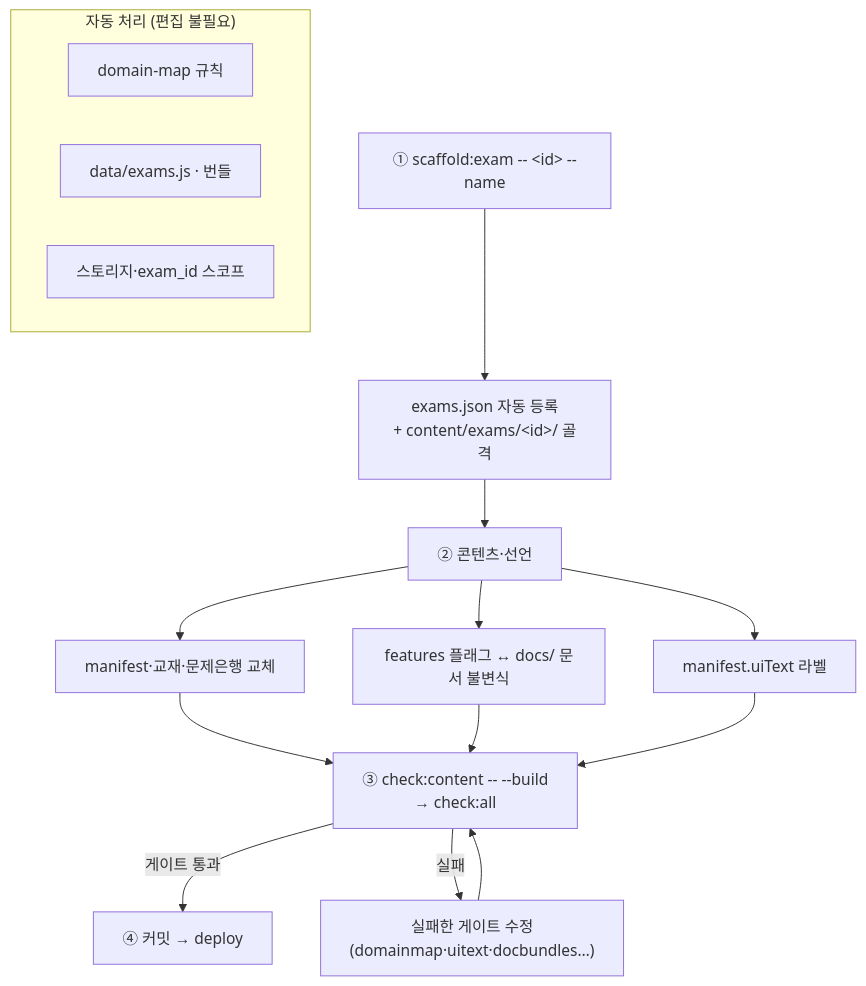
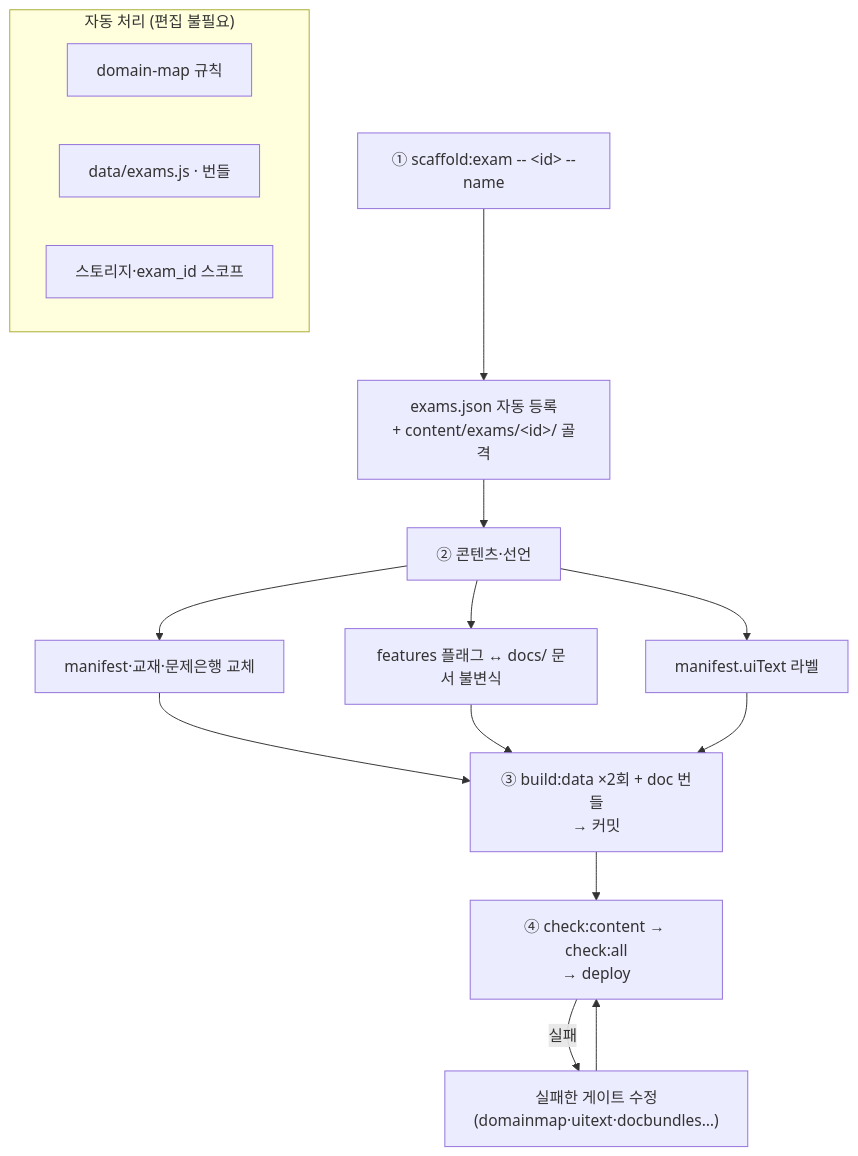
Before and after one commit to skygoldlee-cyber/passok: the diagram in docs/dev/runbooks/NEW_EXAM_RUNBOOK.md, drawn with Mermaid. The commit also changed other lines of this file and 27 other files, not shown here.

````diff
--- a/docs/dev/runbooks/NEW_EXAM_RUNBOOK.md
+++ b/docs/dev/runbooks/NEW_EXAM_RUNBOOK.md
@@ -13,17 +13,17 @@
 ```mermaid
 flowchart TD
     A["① scaffold:exam -- &lt;id&gt; --name"] --> A1["exams.json 자동 등록<br/>+ content/exams/&lt;id&gt;/ 골격"]
     A1 --> B["② 콘텐츠·선언"]
     B --> B1["manifest·교재·문제은행 교체"]
     B --> B2["features 플래그 ↔ docs/ 문서 불변식"]
     B --> B3["manifest.uiText 라벨"]
-    B1 & B2 & B3 --> C["③ check:content -- --build<br/>→ check:all"]
-    C -->|"게이트 통과"| D["④ 커밋 → deploy"]
-    C -->|"실패"| E["실패한 게이트 수정<br/>(domainmap·uitext·docbundles…)"]
-    E --> C
+    B1 & B2 & B3 --> C["③ build:data ×2회 + doc 번들<br/>→ 커밋"]
+    C --> D["④ check:content → check:all<br/>→ deploy"]
+    D -->|"실패"| E["실패한 게이트 수정<br/>(domainmap·uitext·docbundles…)"]
+    E --> D
     subgraph AUTO["자동 처리 (편집 불필요)"]
         F1["domain-map 규칙"]
         F2["data/exams.js · 번들"]
         F3["스토리지·exam_id 스코프"]
     end
 ```
````
